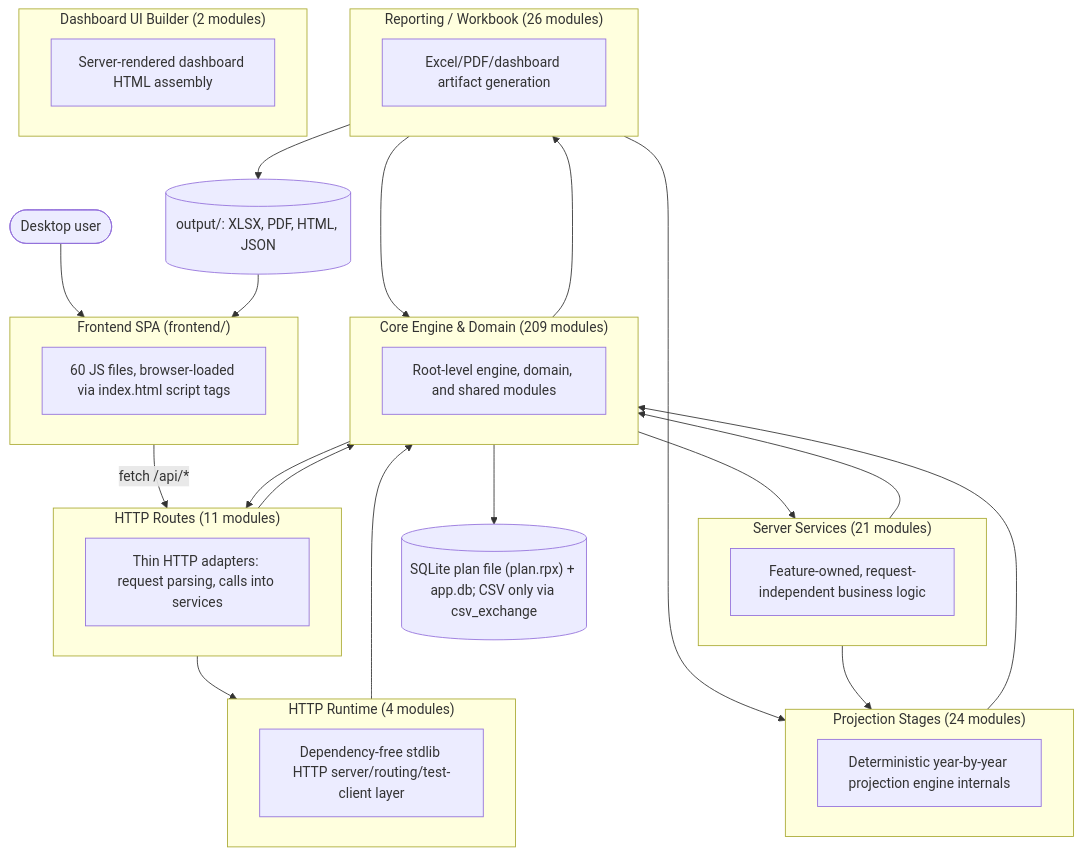
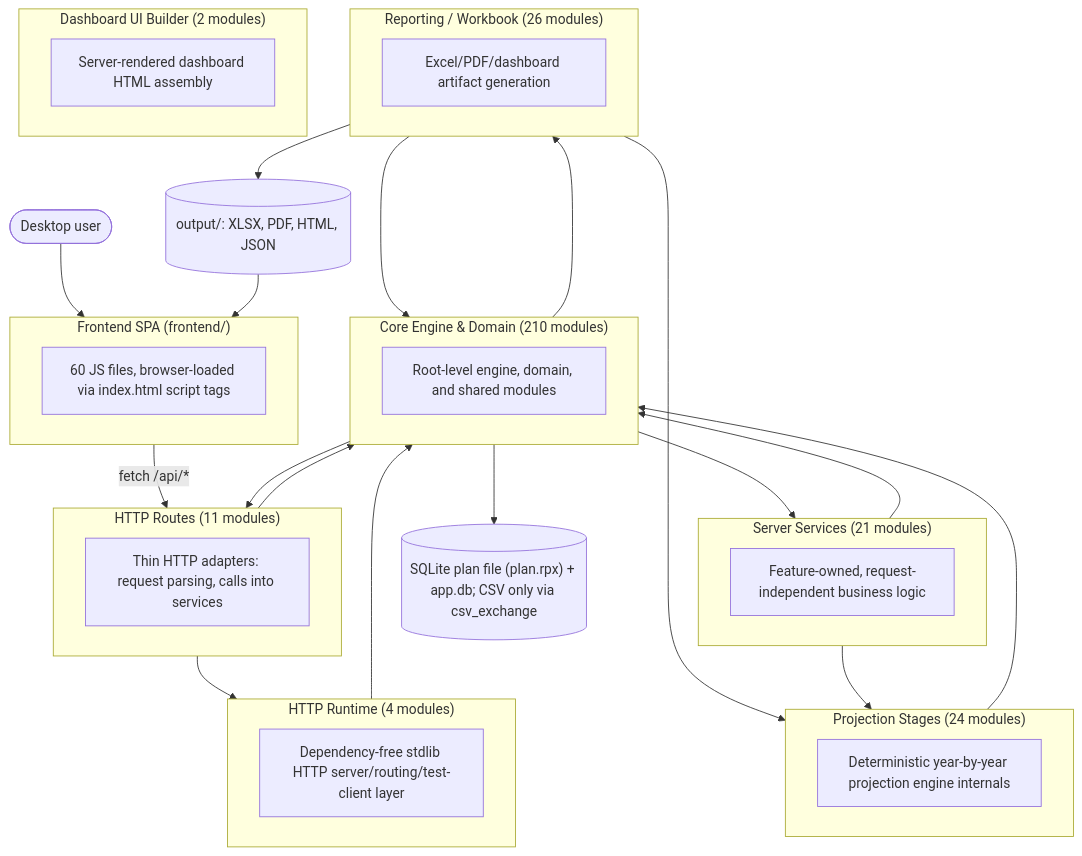
The first of 2 diagrams in documentation/reference/SYSTEM_ARCHITECTURE_DIAGRAM.md (matthartzman/retirement_system), drawn with Mermaid before and after one commit. The commit also changed other lines of this file and 3 other files, not shown here.

````diff
--- a/documentation/reference/SYSTEM_ARCHITECTURE_DIAGRAM.md
+++ b/documentation/reference/SYSTEM_ARCHITECTURE_DIAGRAM.md
@@ -11,43 +11,43 @@
 ```mermaid
 flowchart TB
     User(["Desktop user"]) --> FE
     subgraph FE["Frontend SPA (frontend/)"]
         FEcount["60 JS files, browser-loaded via index.html script tags"]
     end
     FE -->|fetch /api/*| L_HTTP_Routes
     subgraph L_HTTP_Routes["HTTP Routes (11 modules)"]
         L_HTTP_Routes_d["Thin HTTP adapters: request parsing, calls into services"]
     end
     subgraph L_Server_Services["Server Services (21 modules)"]
         L_Server_Services_d["Feature-owned, request-independent business logic"]
     end
     subgraph L_HTTP_Runtime["HTTP Runtime (4 modules)"]
         L_HTTP_Runtime_d["Dependency-free stdlib HTTP server/routing/test-client layer"]
     end
-    subgraph L_Core_Engine___Domain["Core Engine & Domain (209 modules)"]
+    subgraph L_Core_Engine___Domain["Core Engine & Domain (210 modules)"]
         L_Core_Engine___Domain_d["Root-level engine, domain, and shared modules"]
     end
     subgraph L_Projection_Stages["Projection Stages (24 modules)"]
         L_Projection_Stages_d["Deterministic year-by-year projection engine internals"]
     end
     subgraph L_Reporting___Workbook["Reporting / Workbook (26 modules)"]
         L_Reporting___Workbook_d["Excel/PDF/dashboard artifact generation"]
     end
     subgraph L_Dashboard_UI_Builder["Dashboard UI Builder (2 modules)"]
         L_Dashboard_UI_Builder_d["Server-rendered dashboard HTML assembly"]
     end
     L_Core_Engine___Domain --> L_HTTP_Routes
     L_Core_Engine___Domain --> L_Reporting___Workbook
     L_Core_Engine___Domain --> L_Server_Services
     L_HTTP_Routes --> L_Core_Engine___Domain
     L_HTTP_Routes --> L_HTTP_Runtime
     L_HTTP_Runtime --> L_Core_Engine___Domain
     L_Projection_Stages --> L_Core_Engine___Domain
     L_Reporting___Workbook --> L_Core_Engine___Domain
     L_Reporting___Workbook --> L_Projection_Stages
     L_Server_Services --> L_Core_Engine___Domain
     L_Server_Services --> L_Projection_Stages
     L_Core_Engine___Domain --> DB[("SQLite plan file (plan.rpx) + app.db; CSV only via csv_exchange")]
     L_Reporting___Workbook --> Outputs[("output/: XLSX, PDF, HTML, JSON")]
     Outputs --> FE
 ```
````
